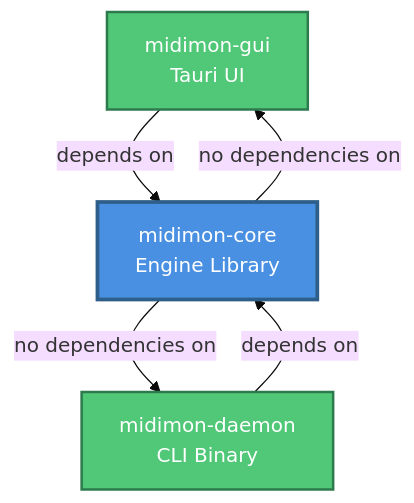
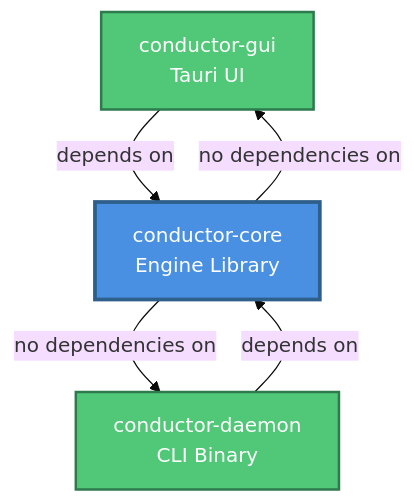
Before and after one commit to amiable-dev/midimon: the diagram in docs-site/src/development/architecture.md, drawn with Mermaid (base theme). The commit also changed other lines of this file and 348 other files, not shown here.

First line of the commit message:
BREAKING CHANGE: Rebrand from MIDIMon to Conductor (v4.0.0)

````diff
--- a/docs-site/src/development/architecture.md
+++ b/docs-site/src/development/architecture.md
@@ -298,11 +298,11 @@
 ```mermaid
 graph TD
-    A[midimon-gui<br/>Tauri UI] -->|depends on| C[midimon-core<br/>Engine Library]
-    B[midimon-daemon<br/>CLI Binary] -->|depends on| C
+    A[conductor-gui<br/>Tauri UI] -->|depends on| C[conductor-core<br/>Engine Library]
+    B[conductor-daemon<br/>CLI Binary] -->|depends on| C
     C -->|no dependencies on| A
     C -->|no dependencies on| B
 
     style C fill:#4a90e2,stroke:#2e5f8a,stroke-width:3px,color:#fff
     style A fill:#50c878,stroke:#2d7a4d,stroke-width:2px,color:#fff
     style B fill:#50c878,stroke:#2d7a4d,stroke-width:2px,color:#fff
 ```
````
